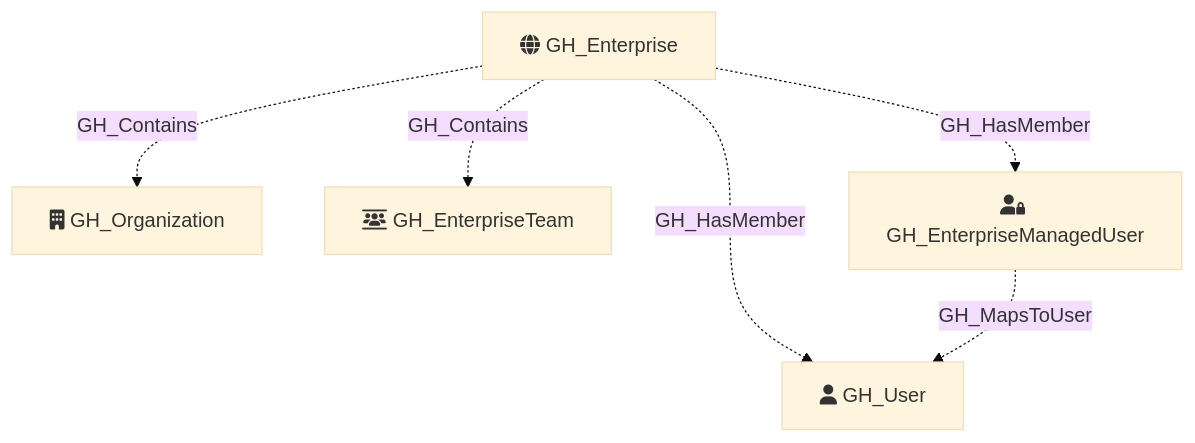
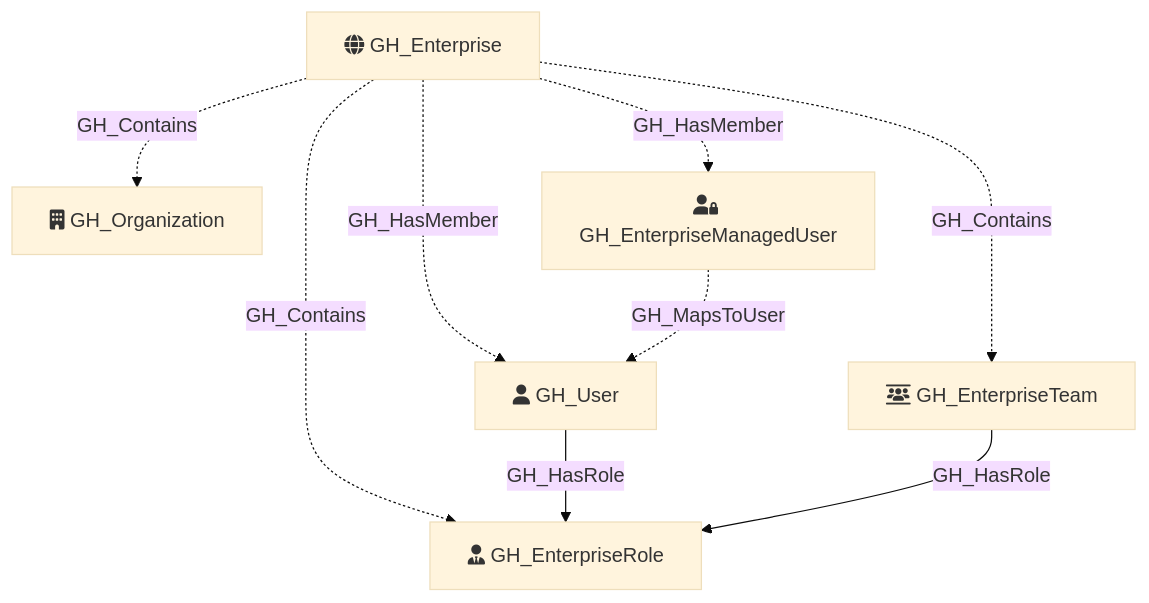
Before and after one commit to SpecterOps/GitHound: the diagram in Documentation/NodeDescriptions/GH_Enterprise.md, drawn with Mermaid (base theme). The commit also changed other lines of this file and 8 other files, not shown here.

````diff
--- a/Documentation/NodeDescriptions/GH_Enterprise.md
+++ b/Documentation/NodeDescriptions/GH_Enterprise.md
@@ -33,14 +33,18 @@
 ```mermaid
 flowchart TD
     GH_Enterprise[fa:fa-globe GH_Enterprise]
     GH_Organization[fa:fa-building GH_Organization]
     GH_EnterpriseTeam[fa:fa-users-between-lines GH_EnterpriseTeam]
+    GH_EnterpriseRole[fa:fa-user-tie GH_EnterpriseRole]
     GH_EnterpriseManagedUser[fa:fa-user-lock GH_EnterpriseManagedUser]
     GH_User[fa:fa-user GH_User]
 
     GH_Enterprise -.->|GH_Contains| GH_Organization
     GH_Enterprise -.->|GH_Contains| GH_EnterpriseTeam
+    GH_Enterprise -.->|GH_Contains| GH_EnterpriseRole
     GH_Enterprise -.->|GH_HasMember| GH_User
     GH_Enterprise -.->|GH_HasMember| GH_EnterpriseManagedUser
     GH_EnterpriseManagedUser -.->|GH_MapsToUser| GH_User
+    GH_User -->|GH_HasRole| GH_EnterpriseRole
+    GH_EnterpriseTeam -->|GH_HasRole| GH_EnterpriseRole
 ```
````
